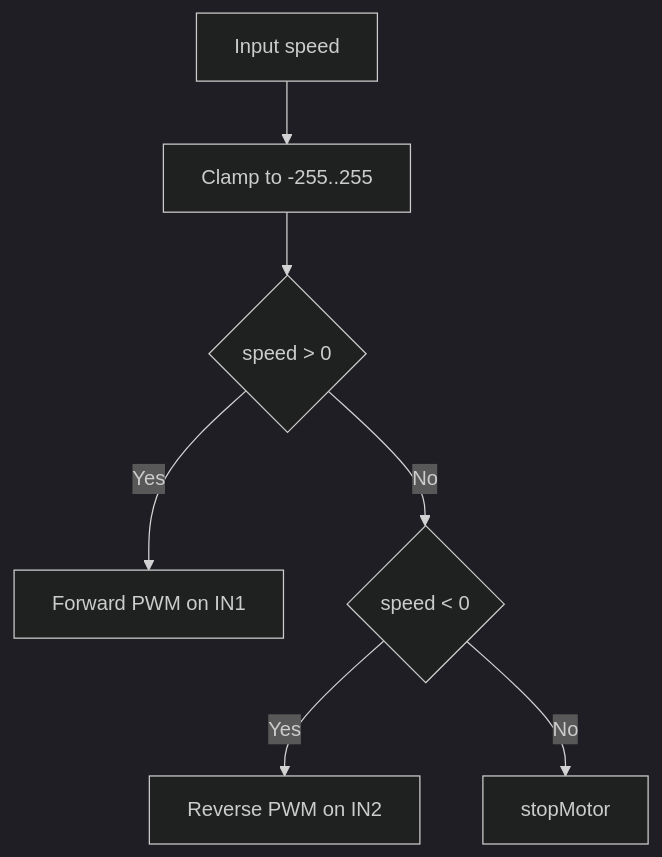
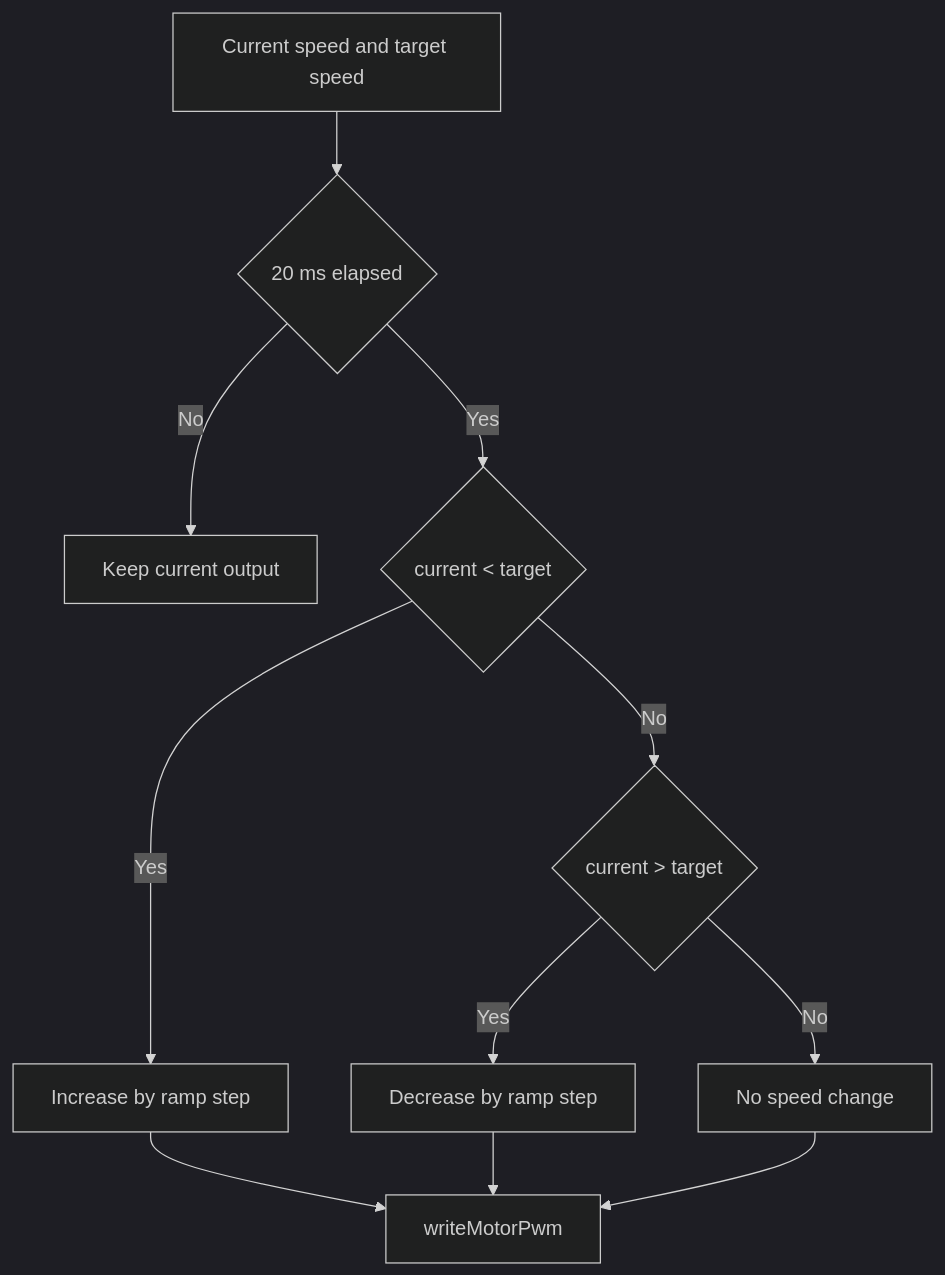
The sixth of 8 diagrams in README.md (berkemutluu/Flame-WRO-FE), drawn with Mermaid (dark theme) before and after one commit. The commit also changed other lines of this file, not shown here.

````diff
--- a/README.md
+++ b/README.md
@@ -919,9 +976,13 @@
-```mermaid
-flowchart TD
-    A[Input speed] --> B[Clamp to -255..255]
-    B --> C{speed > 0}
-    C -- Yes --> D[Forward PWM on IN1]
-    C -- No --> E{speed < 0}
-    E -- Yes --> F[Reverse PWM on IN2]
-    E -- No --> G[stopMotor]
-```
+```mermaid  
+flowchart TD  
+    A[Current speed and target speed] --> B{20 ms elapsed}  
+    B -- No --> C[Keep current output]  
+    B -- Yes --> D{current < target}  
+    D -- Yes --> E[Increase by ramp step]  
+    D -- No --> F{current > target}  
+    F -- Yes --> G[Decrease by ramp step]  
+    F -- No --> H[No speed change]  
+    E --> I[writeMotorPwm]  
+    G --> I  
+    H --> I  
+```  
````
